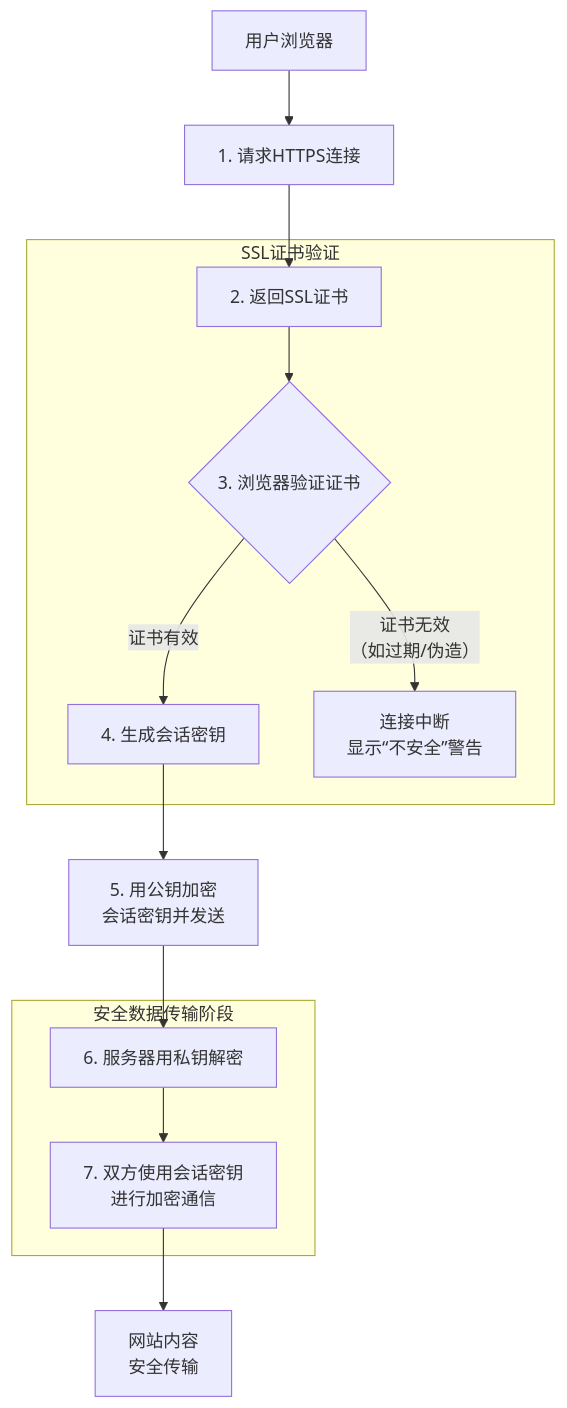
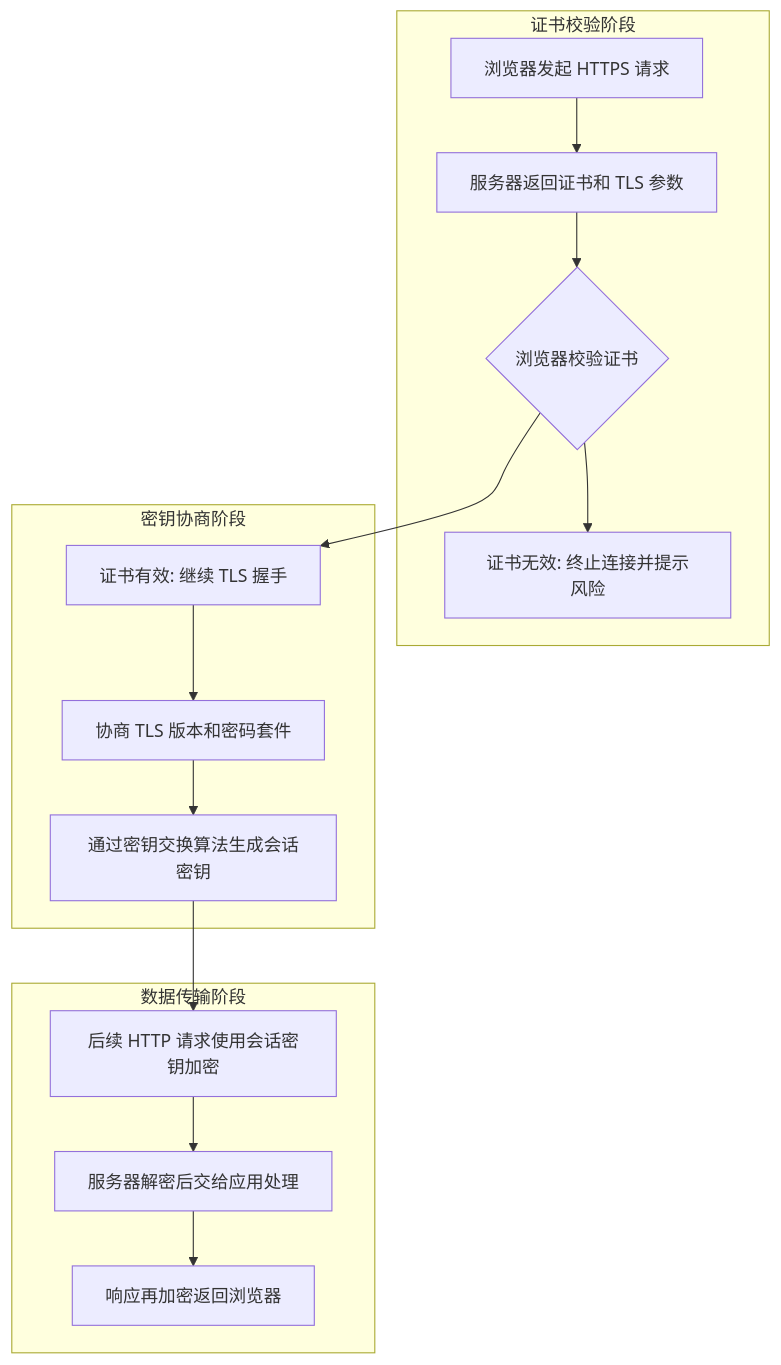
The first of 2 diagrams in _posts/2020-08-10-HTTP内容汇总.markdown (zxNchuPG/zxNchuPG.github.io), drawn with Mermaid before and after one commit. The commit also changed other lines of this file and 1 other file, not shown here.

````diff
--- a/_posts/2020-08-10-HTTP内容汇总.markdown
+++ b/_posts/2020-08-10-HTTP内容汇总.markdown
@@ -111,20 +125,21 @@
 ```mermaid
 flowchart TD
-    A[用户浏览器] --> B[1. 请求HTTPS连接]
-    B --> C[2. 返回SSL证书]
-    
-    subgraph D [SSL证书验证]
-        C --> E{3. 浏览器验证证书}
-        E -- 证书有效 --> F[4. 生成会话密钥]
-        E -- 证书无效<br>（如过期/伪造） --> G[连接中断<br>显示“不安全”警告]
+    subgraph P1[证书校验阶段]
+        A[浏览器发起 HTTPS 请求] --> B[服务器返回证书和 TLS 参数]
+        B --> C{浏览器校验证书}
+        C --> D[证书无效: 终止连接并提示风险]
     end
 
-    F --> H[5. 用公钥加密<br>会话密钥并发送]
-    H --> I[6. 服务器用私钥解密]
-    
-    subgraph J [安全数据传输阶段]
-        I --> K[7. 双方使用会话密钥<br>进行加密通信]
+    C --> E[证书有效: 继续 TLS 握手]
+
+    subgraph P2[密钥协商阶段]
+        E --> F[协商 TLS 版本和密码套件]
+        F --> G[通过密钥交换算法生成会话密钥]
     end
 
-    K --> L[网站内容<br>安全传输]
+    subgraph P3[数据传输阶段]
+        G --> H[后续 HTTP 请求使用会话密钥加密]
+        H --> I[服务器解密后交给应用处理]
+        I --> J[响应再加密返回浏览器]
+    end
 ```
````
